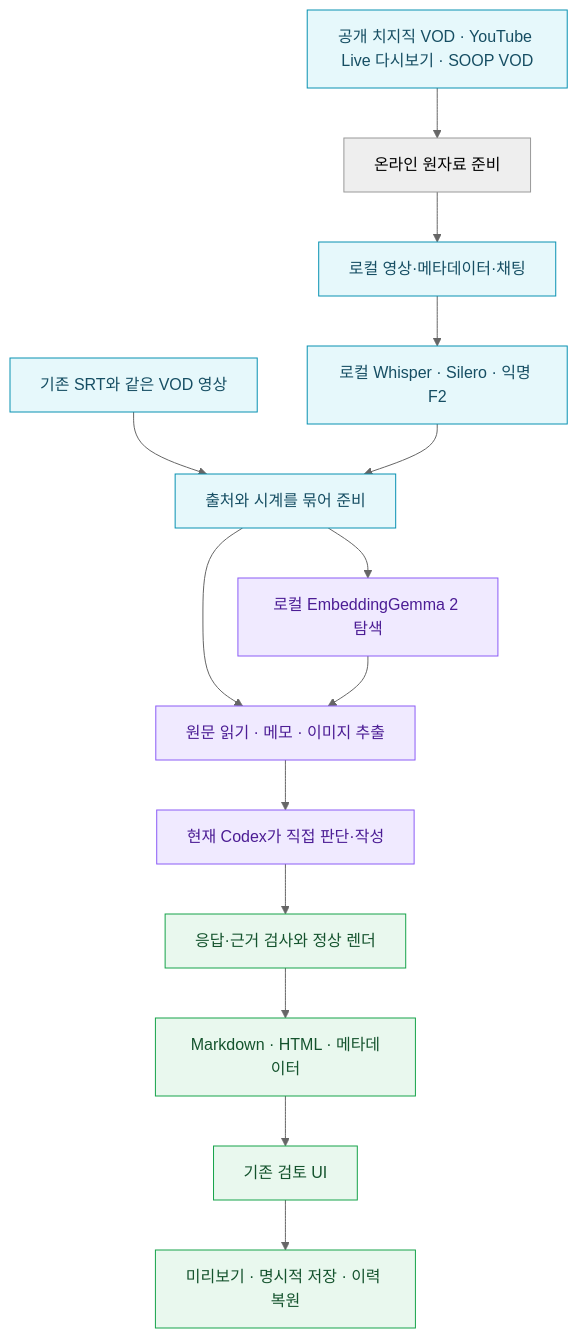
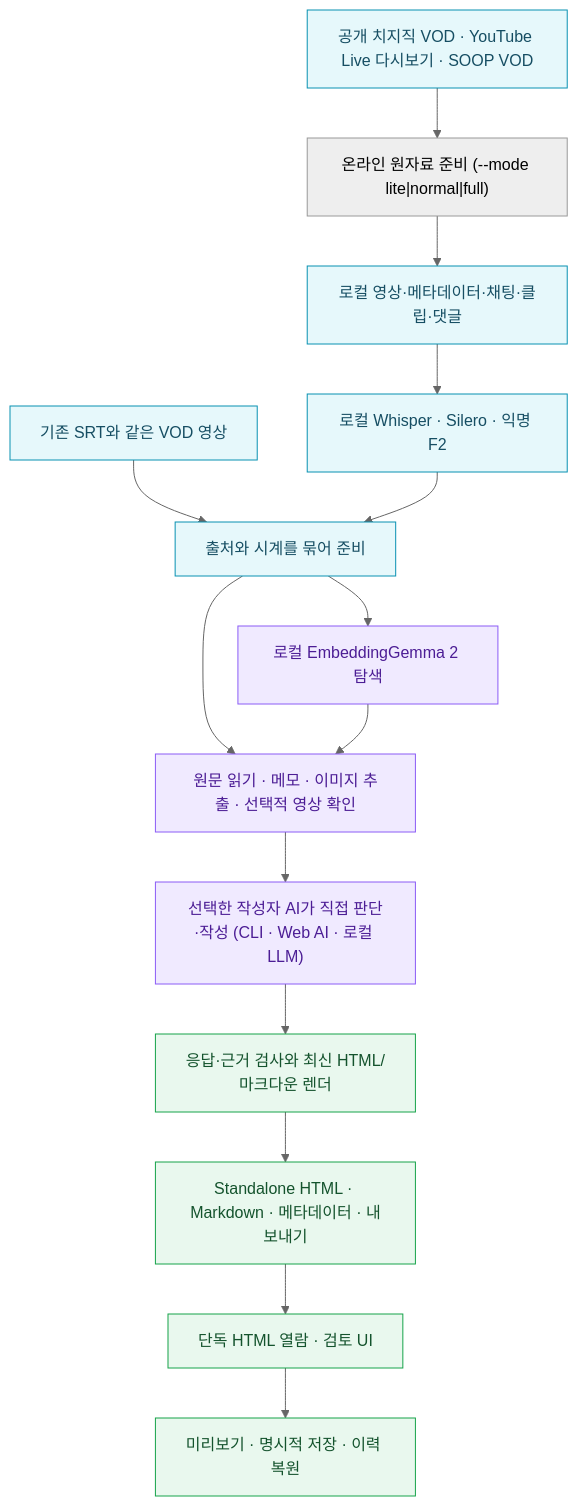
The diagram in README.md (ttaem00/CVA-Loki), drawn with Mermaid (neutral theme) before and after one commit. The commit also changed other lines of this file and 34 other files, not shown here.

````diff
--- a/README.md
+++ b/README.md
@@ -190,22 +266,22 @@
 ```mermaid
 flowchart TD
-    URL["공개 치지직 VOD · YouTube Live 다시보기 · SOOP VOD"] --> ACQ["온라인 원자료 준비"]
+    URL["공개 치지직 VOD · YouTube Live 다시보기 · SOOP VOD"] --> ACQ["온라인 원자료 준비 (--mode lite|normal|full)"]
     LOCAL["기존 SRT와 같은 VOD 영상"] --> PREP["출처와 시계를 묶어 준비"]
-    ACQ --> AV["로컬 영상·메타데이터·채팅"]
+    ACQ --> AV["로컬 영상·메타데이터·채팅·클립·댓글"]
     AV --> STT["로컬 Whisper · Silero · 익명 F2"]
     STT --> PREP
-    PREP --> READ["원문 읽기 · 메모 · 이미지 추출"]
+    PREP --> READ["원문 읽기 · 메모 · 이미지 추출 · 선택적 영상 확인"]
     PREP --> SEARCH["로컬 EmbeddingGemma 2 탐색"]
     SEARCH --> READ
-    READ --> CODEX["현재 Codex가 직접 판단·작성"]
-    CODEX --> CHECK["응답·근거 검사와 정상 렌더"]
-    CHECK --> REPORT["Markdown · HTML · 메타데이터"]
-    REPORT --> UI["기존 검토 UI"]
+    READ --> AUTHOR["선택한 작성자 AI가 직접 판단·작성 (CLI · Web AI · 로컬 LLM)"]
+    AUTHOR --> CHECK["응답·근거 검사와 최신 HTML/마크다운 렌더"]
+    CHECK --> REPORT["Standalone HTML · Markdown · 메타데이터 · 내보내기"]
+    REPORT --> UI["단독 HTML 열람 · 검토 UI"]
     UI --> REV["미리보기 · 명시적 저장 · 이력 복원"]
     classDef source fill:#e6f8fb,stroke:#0891b2,color:#164e63
     classDef author fill:#f0eaff,stroke:#8b5cf6,color:#4c1d95
     classDef result fill:#e9f8ee,stroke:#16a34a,color:#14532d
     class URL,LOCAL,AV,STT,PREP source
-    class READ,SEARCH,CODEX author
+    class READ,SEARCH,AUTHOR author
     class CHECK,REPORT,UI,REV result
 ```
````
